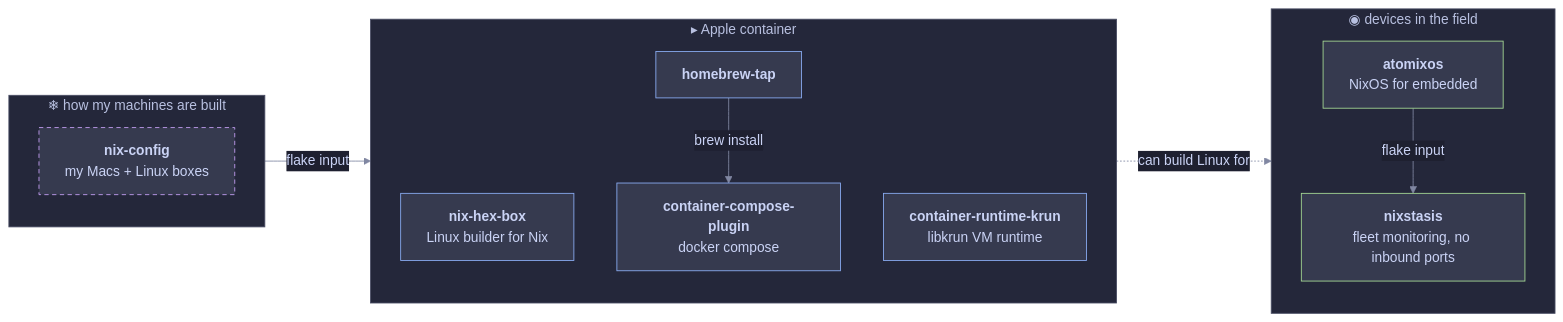
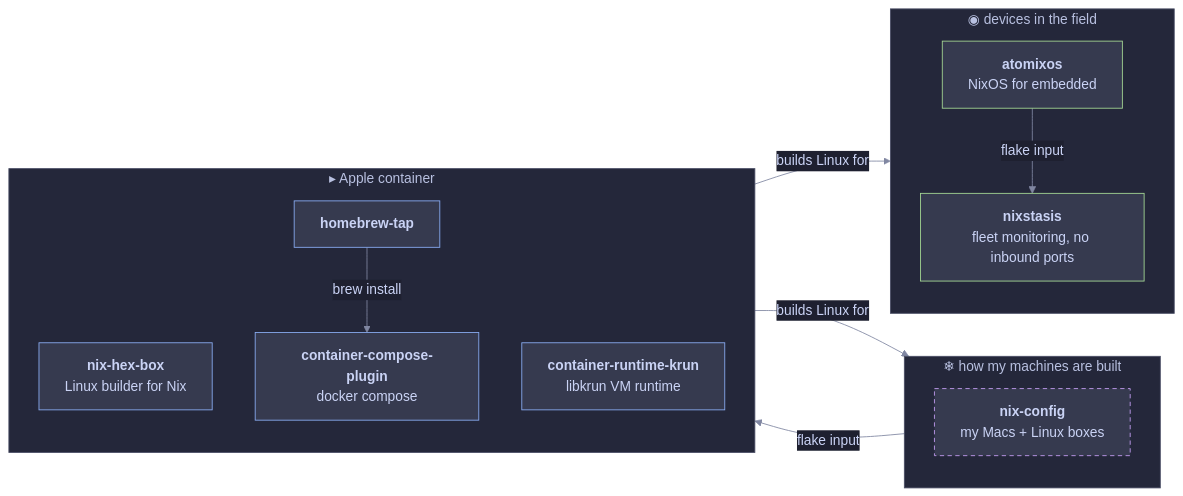
Before and after one commit to RobertDeRose/RobertDeRose: the diagram in README.md, drawn with Mermaid.

Commit message:
docs: confirm nix-hex-box builds atomixos and nix-config Linux systems

````diff
--- a/README.md
+++ b/README.md
@@ -17,33 +17,34 @@
 ```mermaid
 %%{init: {'theme':'base','themeVariables':{'primaryColor':'#363a4f','primaryTextColor':'#cad3f5','primaryBorderColor':'#8aadf4','lineColor':'#8087a2','clusterBkg':'#24273a','clusterBorder':'#494d64','titleColor':'#b8c0e0','edgeLabelBackground':'#1e2030','fontFamily':'ui-monospace, SFMono-Regular, Menlo, monospace'}}}%%
 flowchart LR
   subgraph cfg["❄ how my machines are built"]
     direction TB
     nixcfg["<b>nix-config</b><br/>my Macs + Linux boxes"]
   end
   subgraph mac["▸ Apple container"]
     direction TB
     hex["<b>nix-hex-box</b><br/>Linux builder for Nix"]
     compose["<b>container-compose-plugin</b><br/>docker compose"]
     krun["<b>container-runtime-krun</b><br/>libkrun VM runtime"]
     tap["<b>homebrew-tap</b>"]
   end
   subgraph fleet["◉ devices in the field"]
     direction TB
     atomix["<b>atomixos</b><br/>NixOS for embedded"]
     stasis["<b>nixstasis</b><br/>fleet monitoring, no inbound ports"]
   end
   nixcfg -- flake input --> hex
   tap -- brew install --> compose
   atomix -- flake input --> stasis
-  hex -. can build Linux for .-> atomix
+  hex -- builds Linux for --> atomix
+  hex -- builds Linux for --> nixcfg
 
   classDef c fill:#363a4f,stroke:#c6a0f6,color:#cad3f5
   classDef m fill:#363a4f,stroke:#8aadf4,color:#cad3f5
   classDef f fill:#363a4f,stroke:#a6da95,color:#cad3f5
   classDef priv stroke-dasharray:5 4
   class nixcfg c
   class hex,compose,krun,tap m
   class atomix,stasis f
   class nixcfg priv
 ```
````
